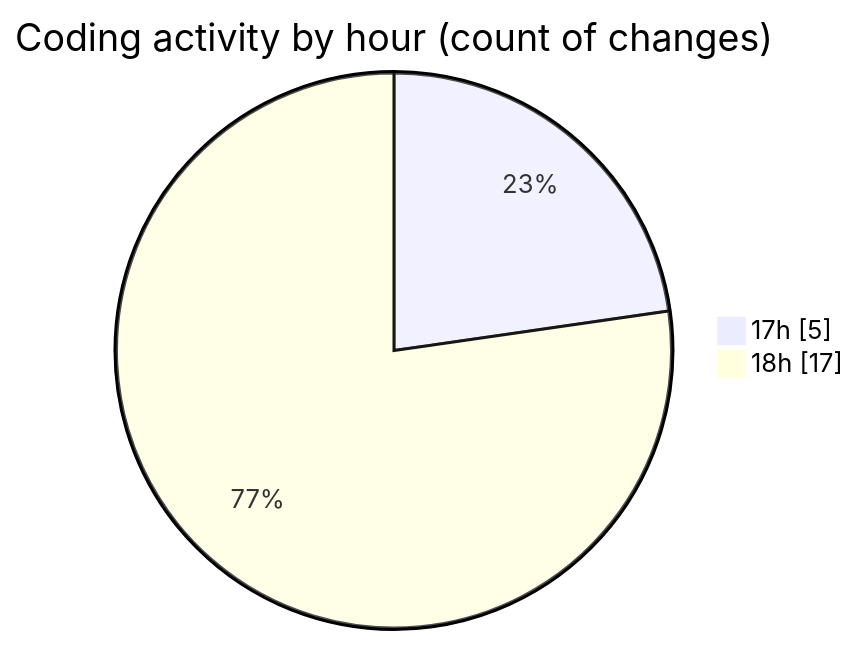
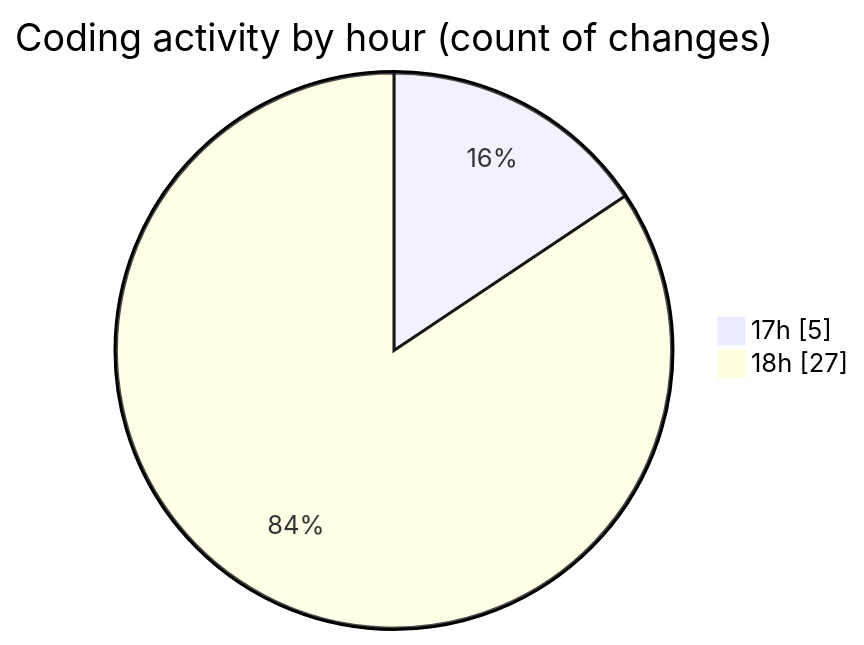
The second of 2 diagrams in 2026-09-01/immersive_codes/README.md (Unknowalive/code-tracking), drawn with Mermaid before and after one commit. The commit also changed other lines of this file and 1 other file, not shown here.

````diff
--- a/2026-09-01/immersive_codes/README.md
+++ b/2026-09-01/immersive_codes/README.md
@@ -28,6 +29,6 @@
 ```mermaid
 pie showData
 title Coding activity by hour (count of changes)
 "17h" : 5
-"18h" : 17
+"18h" : 27
 ```
````
